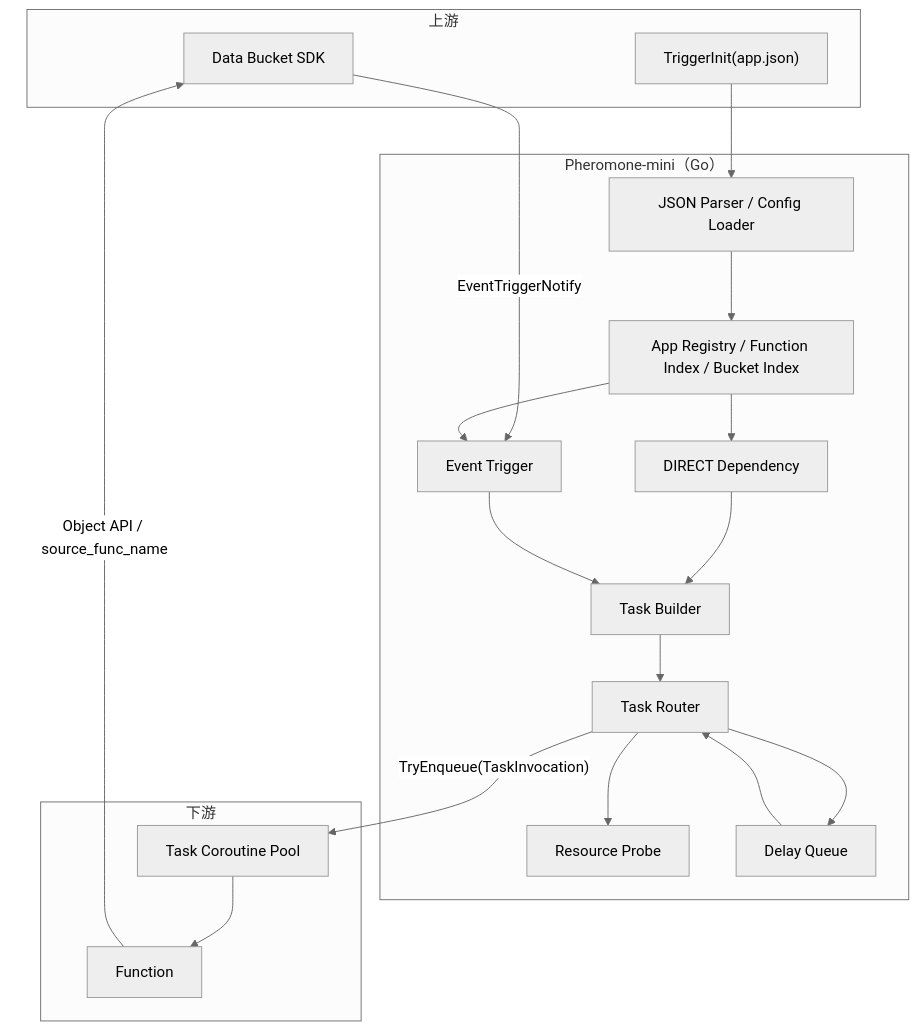
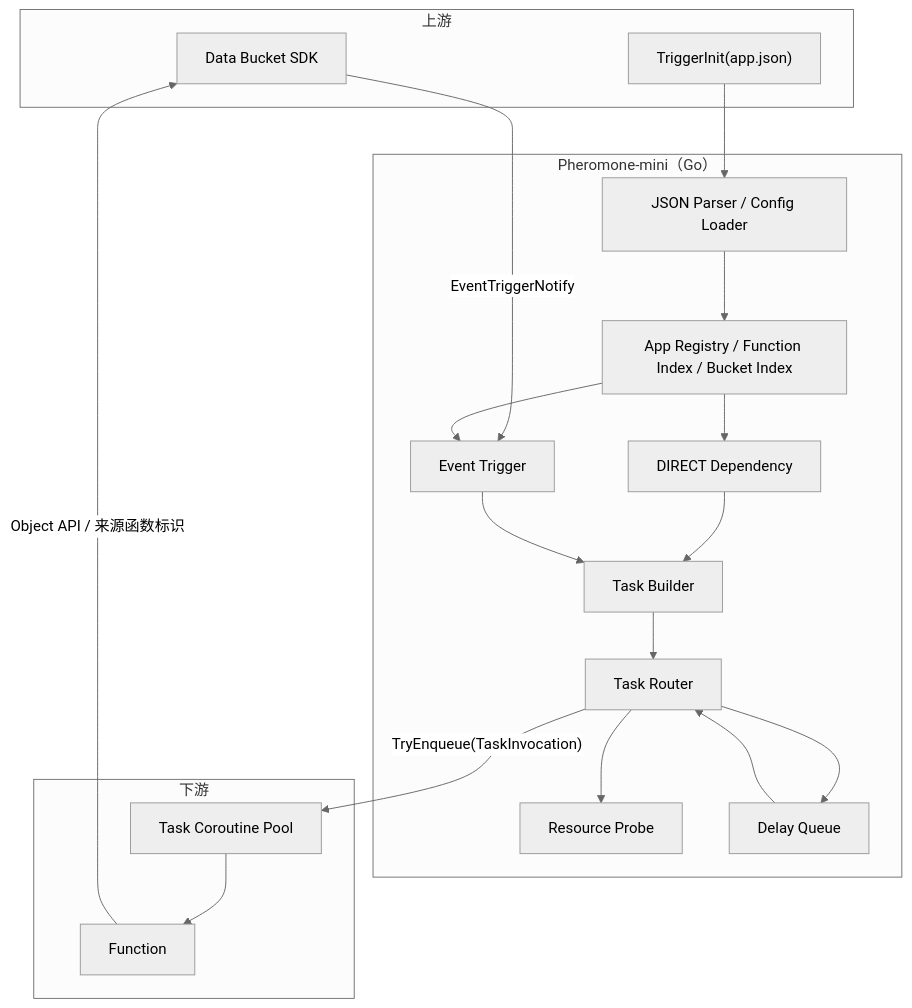
One commit to 10wvw01/Pheromone-mini changed the second of 7 diagrams in docs/DESIGN.md. Above: the diagram before and after it, drawn with Mermaid (neutral theme). The commit also changed other lines of this file and 11 other files, not shown here.

```diff
--- a/docs/DESIGN.md
+++ b/docs/DESIGN.md
@@ -319,34 +324,34 @@
 ~~~mermaid
 flowchart TB
     subgraph Upstream["上游"]
       SDK["Data Bucket SDK"]
       INIT["TriggerInit(app.json)"]
     end
     subgraph PM["Pheromone-mini（Go）"]
       CFG["JSON Parser / Config Loader"]
       REG["App Registry / Function Index / Bucket Index"]
       DIR["DIRECT Dependency"]
       EVT["Event Trigger"]
       TB["Task Builder"]
       RT["Task Router"]
       RES["Resource Probe"]
       DQ["Delay Queue"]
     end
     subgraph Downstream["下游"]
       POOL["Task Coroutine Pool"]
       FN["Function"]
     end
     INIT --> CFG --> REG
     SDK -->|"EventTriggerNotify"| EVT
     REG --> DIR
     REG --> EVT
     DIR --> TB
     EVT --> TB
     TB --> RT
     RT --> RES
     RT -->|"TryEnqueue(TaskInvocation)"| POOL
     RT --> DQ
     DQ --> RT
     POOL --> FN
-    FN -->|"Object API / source_func_name"| SDK
+    FN -->|"Object API / 来源函数标识"| SDK
 ~~~
```
